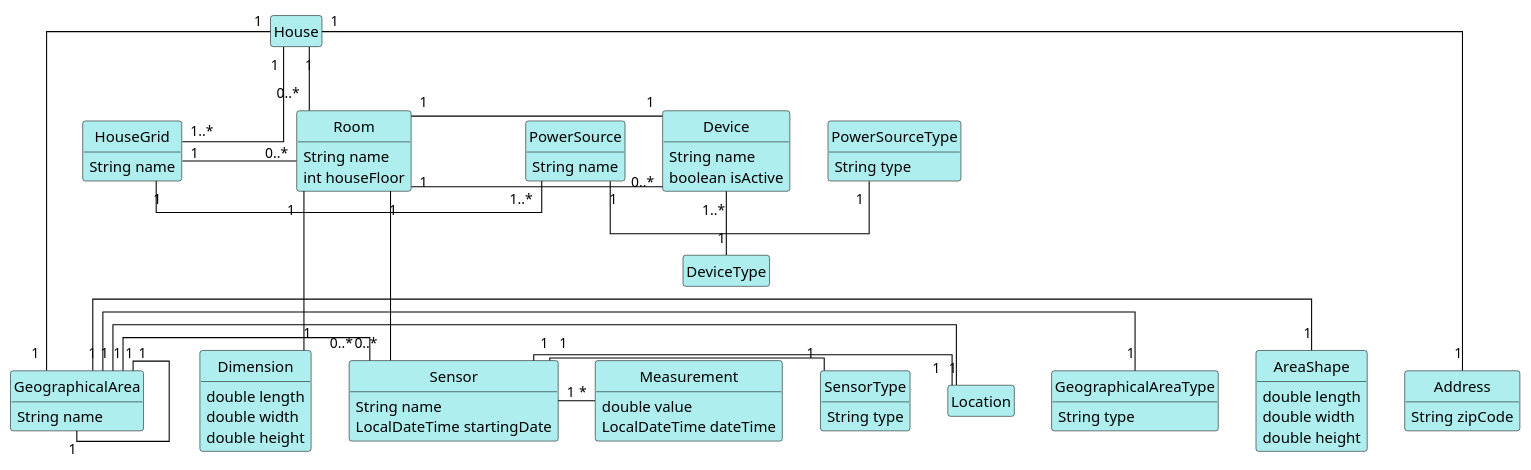
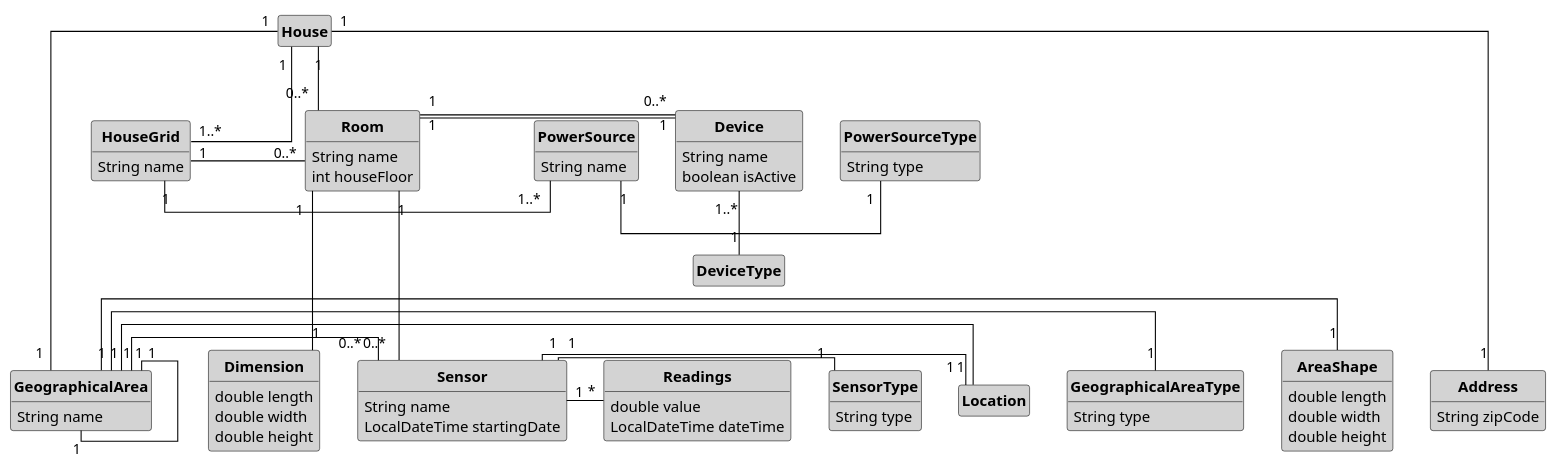
Before and after one commit to 1181687/hateoasToy: the diagram in src/Docs/DomainModel.puml, drawn with PlantUML. The commit also changed 24 other files, not shown here.

```diff
--- a/src/Docs/DomainModel.puml
+++ b/src/Docs/DomainModel.puml
@@ -1,95 +1,96 @@
 @startuml
 skinparam linetype ortho
 
 skinparam class {
-	BackgroundColor PaleTurquoise
+	BackgroundColor LightGrey
 	ArrowColor Black
 	BorderColor Black
+	FontStyle Bold
 }
 
 hide circle
 hide empty methods
 hide empty attributes
 class SensorType{
 String type
 }
 class Sensor{
 String name
 LocalDateTime startingDate
 }
-class Measurement{
+class Readings{
 double value
 LocalDateTime dateTime
 }
 class Location{
 }
 class GeographicalAreaType{
 String type
 }
 class GeographicalArea{
 String name
 }
 class AreaShape{
 double length
 double width
 double height
 }
 class Address{
 String zipCode
 }
 class House{
 }
 class Room{
 String name
 int houseFloor
 }
 class Dimension{
 double length
 double width
 double height
 }
 class HouseGrid{
 String name
 }
 class PowerSource{
 String name
 }
 class PowerSourceType{
 String type
 }
 class Device{
 String name
 boolean isActive
 }
 ENUM DeviceType{
 }
 
 Sensor "1" -"1" SensorType
-Sensor "1" - "*" Measurement
+Sensor "1" - "*" Readings
 Sensor "1" - "1" Location
 
 Room "1" --- "1" Dimension
 Room "1" --- "0..*" Sensor
 Room "1" --- "0..*" Device
 
 PowerSource "1" - "1" PowerSourceType
 
 House "1" -- "0..*" Room
 House "1" -- "1..*" HouseGrid
 House "1" ---- "1" Address
 House "1" ---- "1" GeographicalArea
 
 GeographicalArea "1" - "1" GeographicalAreaType
 GeographicalArea "1" - "1" GeographicalArea
 GeographicalArea "1" - "1" Location
 GeographicalArea "1" - "1" AreaShape
 GeographicalArea "1" - "0..*" Sensor
 
 Device "1" - "1" Room
 Device "1..*" -- "1" DeviceType
 
 HouseGrid "1" - "1..*" PowerSource
 HouseGrid "1" - "0..*" Room
 
 
 @enduml
```
